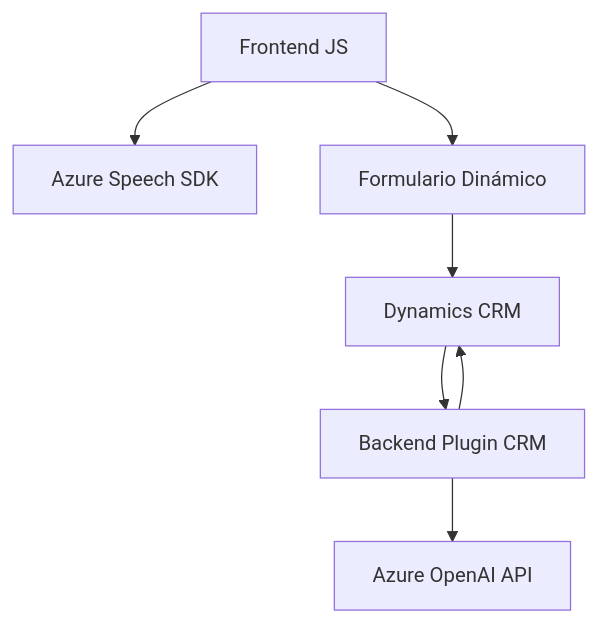
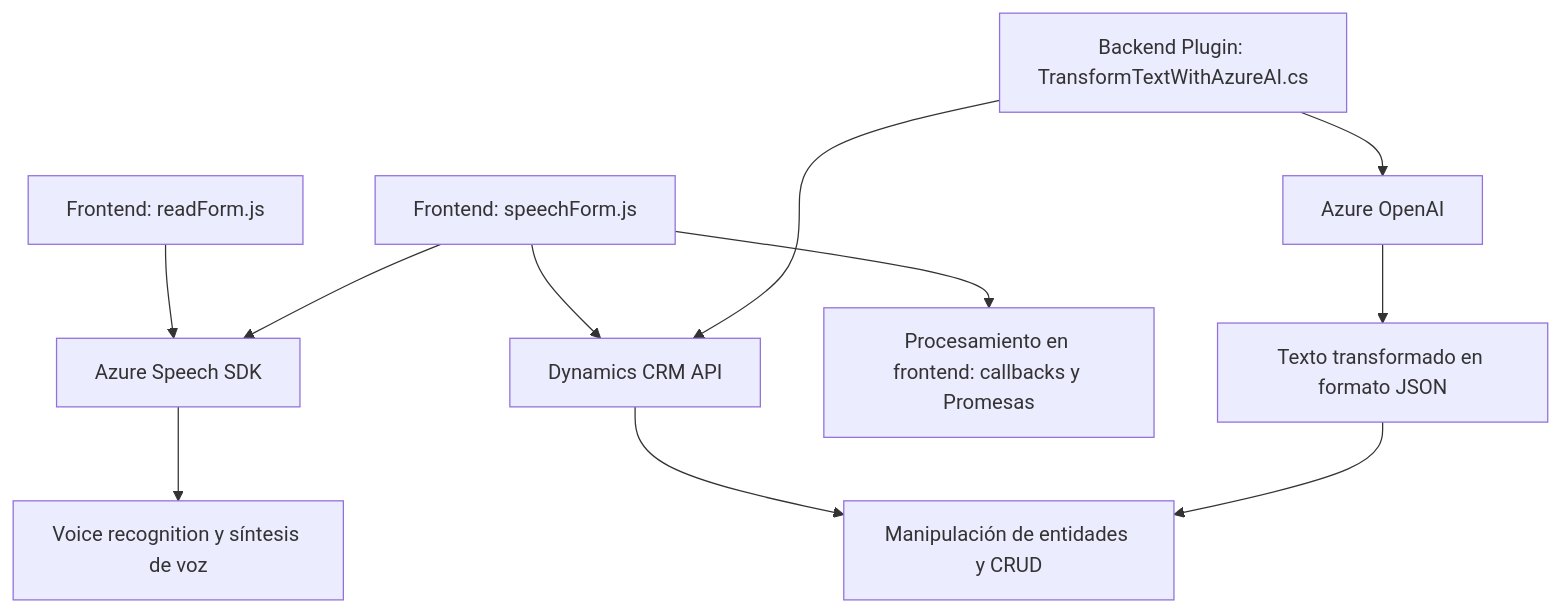
The diagram in README.md (blopezdm/NETCORE_BILBAO2025), drawn with Mermaid before and after one commit. The commit also changed other lines of this file, not shown here.

````diff
--- a/README.md
+++ b/README.md
@@ -42,16 +77,13 @@
 ```mermaid
 graph TD
-    Frontend["Frontend JS"]
-    Plugin["Backend Plugin CRM"]
-    AzureSpeech["Azure Speech SDK"]
-    AzureAI["Azure OpenAI API"]
-    Formulario["Formulario Dinámico"]
-    CRMSystem["Dynamics CRM"]
-
-    Frontend --> AzureSpeech
-    Frontend --> Formulario
-    Formulario --> CRMSystem
-    CRMSystem --> Plugin
-    Plugin --> AzureAI
-    Plugin --> CRMSystem
+    A["Frontend: readForm.js"] --> D["Azure Speech SDK"]
+    B["Frontend: speechForm.js"] --> D
+    B --> E["Dynamics CRM API"]
+    B --> F["Procesamiento en frontend: callbacks y Promesas"]
+    C["Backend Plugin: TransformTextWithAzureAI.cs"] --> G["Azure OpenAI"]
+    C --> E
+    D --> H["Voice recognition y síntesis de voz"]
+    G --> I["Texto transformado en formato JSON"]
+    E --> J["Manipulación de entidades y CRUD"]
+    I --> J
 ```
````
